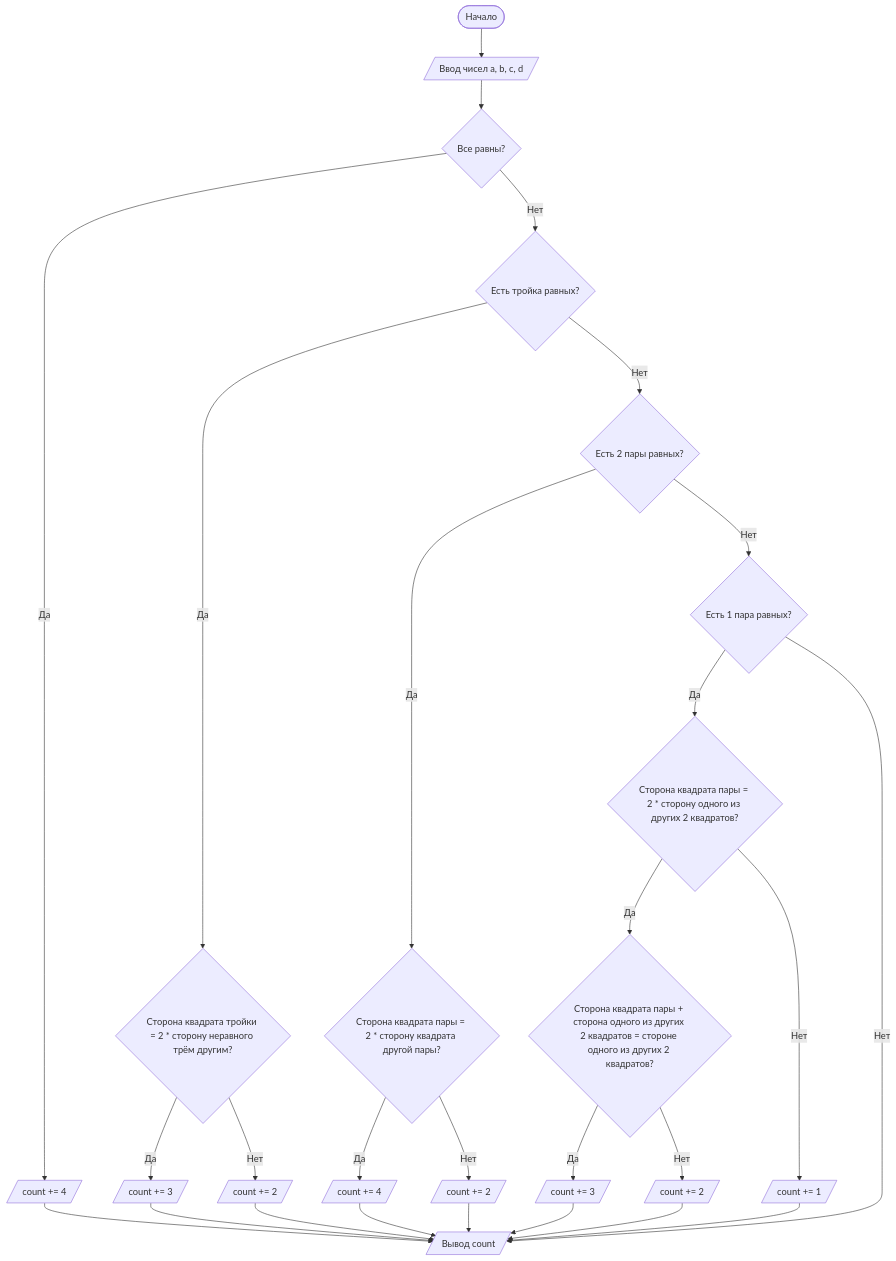
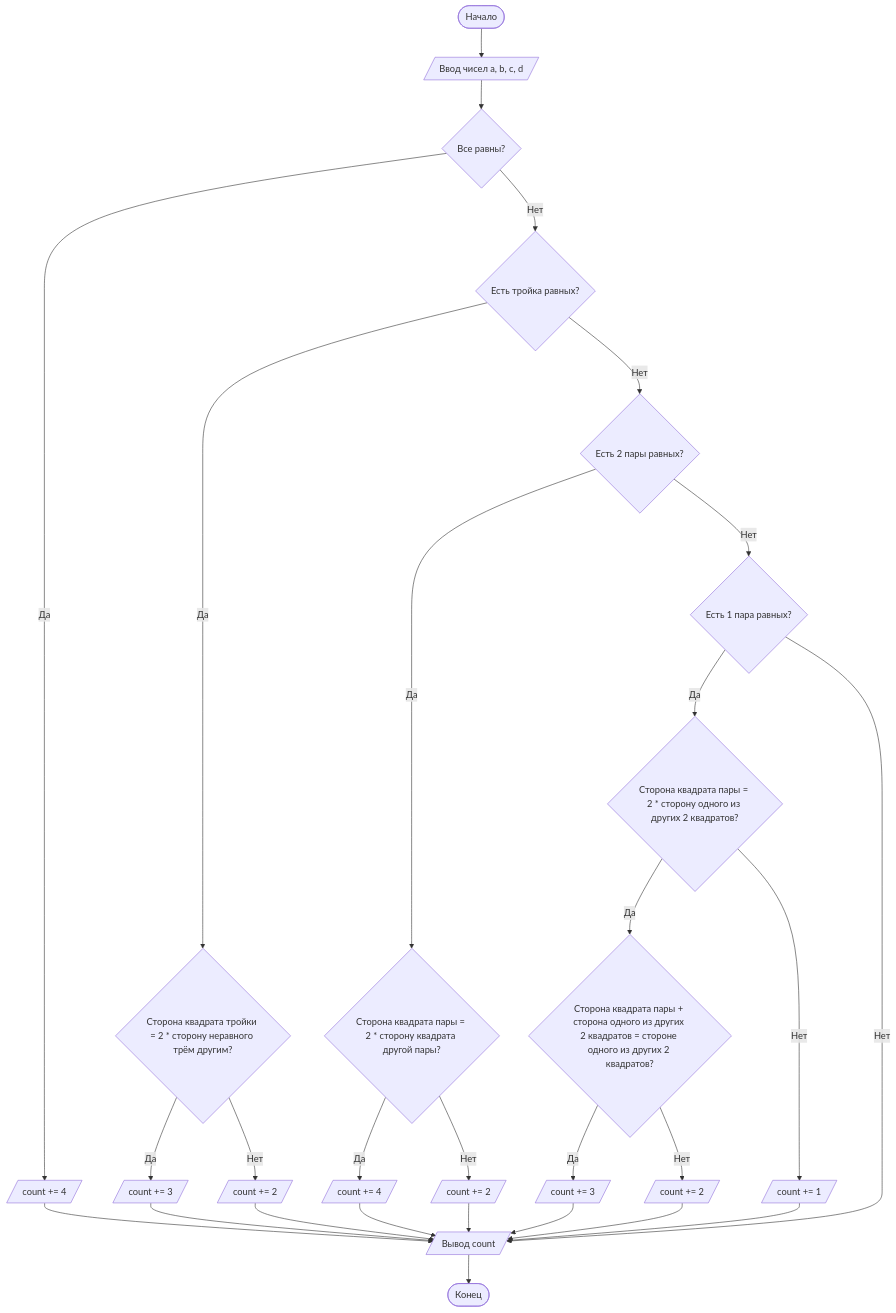
Before and after one commit to fnckddy/lab1: the diagram in README.md, drawn with Mermaid.

````diff
--- a/README.md
+++ b/README.md
@@ -87,36 +87,38 @@
 ```mermaid
 
 graph TD
     A([Начало]) --> B[/Ввод чисел a, b, c, d/]
     B --> C{Все равны?}
     C -- Да --> D[/count += 4/]
     C -- Нет --> E{Есть тройка равных?}
     
     E -- Да --> F{Сторона квадрата тройки = 2 * сторону неравного трём другим?}
     F -- Да --> G[/count += 3/]
     F -- Нет --> H[/count += 2/]
     
     E -- Нет --> I{Есть 2 пары равных?}
     I -- Да --> J{Сторона квадрата пары = 2 * сторону квадрата другой пары?}
     J -- Да --> K[/count += 4/]
     J -- Нет --> L[/count += 2/]
     
     I -- Нет --> M{Есть 1 пара равных?}
     M -- Да --> N{Сторона квадрата пары = 2 * сторону одного из других 2 квадратов?}
     N -- Да --> O{Сторона квадрата пары + сторона одного из других 2 квадратов = стороне одного из других 2 квадратов?}
     O -- Да --> P[/count += 3/]
     O -- Нет --> Q[/count += 2/]
     N -- Нет --> R[/count += 1/]
     
     M -- Нет --> S[/Вывод count/]
-    
+
     D --> S
     G --> S
     H --> S
     K --> S
     L --> S
     P --> S
     Q --> S
     R --> S
 
+    S --> T([Конец])
+
 ```
````
